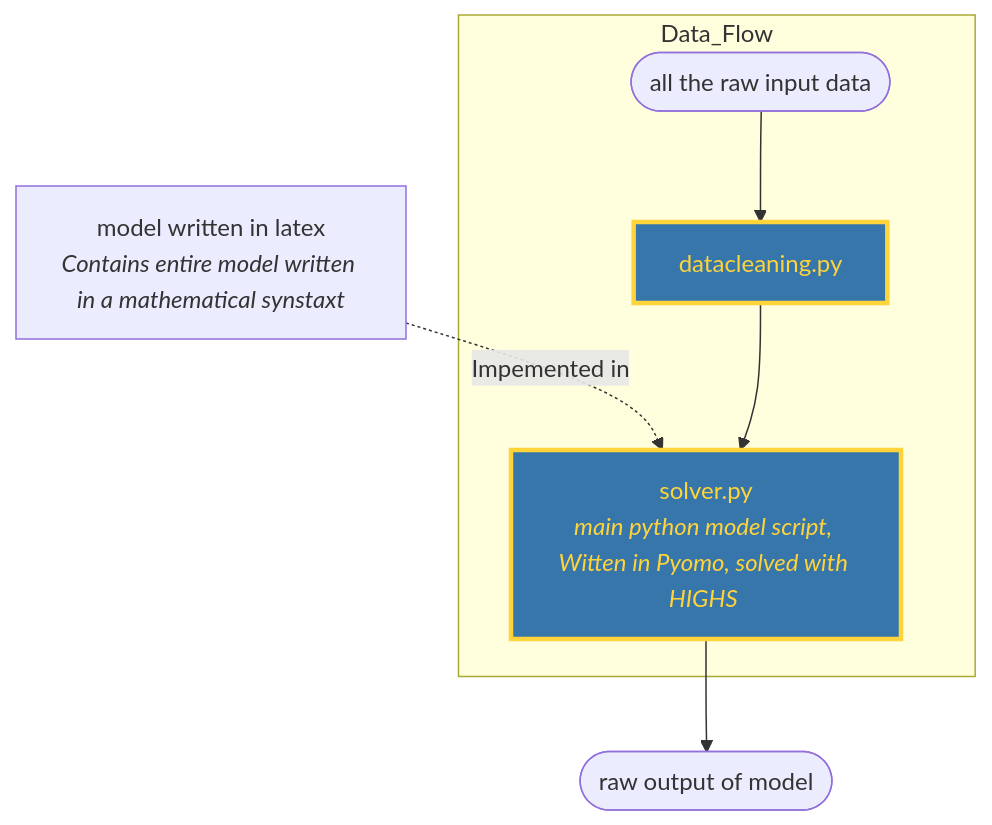
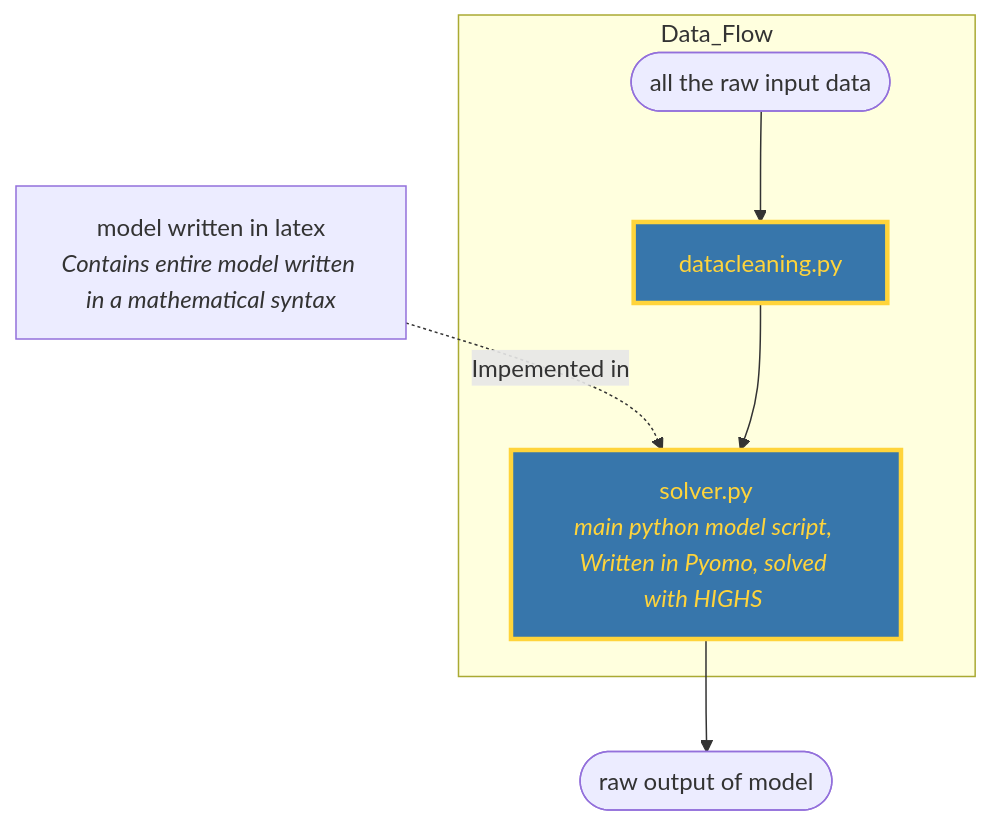
One commit to RavSeime/or-central-repo changed the diagram in prelim-assign/prelim-assign-report.md. Above: the diagram before and after it, drawn with Mermaid. The commit also changed other lines of this file and 6 other files, not shown here.

````diff
--- a/prelim-assign/prelim-assign-report.md
+++ b/prelim-assign/prelim-assign-report.md
@@ -19,29 +19,29 @@
 ```mermaid
 
 flowchart TD
 
-model_doc[model written in latex<br><i>Contains entire model written in a mathematical synstaxt]
+model_doc[model written in latex<br><i>Contains entire model written in a mathematical syntax]
 
-model_imp[solver.py<br><i>main python model script, Witten in Pyomo, solved with HIGHS <i>]:::python
+model_imp[solver.py<br><i>main python model script, Written in Pyomo, solved with HIGHS <i>]:::python
 
 input([all the raw input data])
 
 cleaner_script[datacleaning.py]:::python
 
 raw_output([raw output of model])
 
 subgraph Data_Flow
  input
  cleaner_script
  model_imp
 end
 
 model_doc -. "Impemented in" .-> model_imp
 
 input --> cleaner_script
 cleaner_script --> model_imp
 model_imp --> raw_output
 
 
 classDef python fill:#3776AB,stroke:#FFD43B,stroke-width:3px,color:#FFD43B
 ```
````
